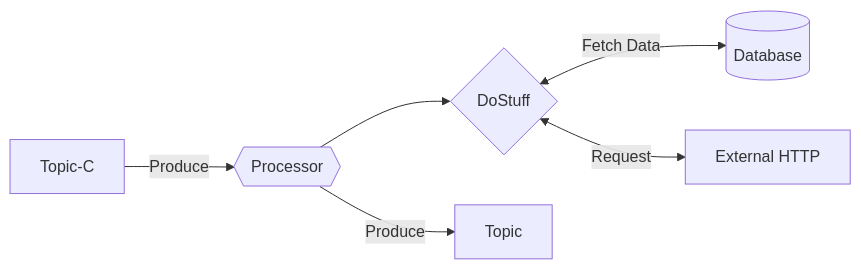
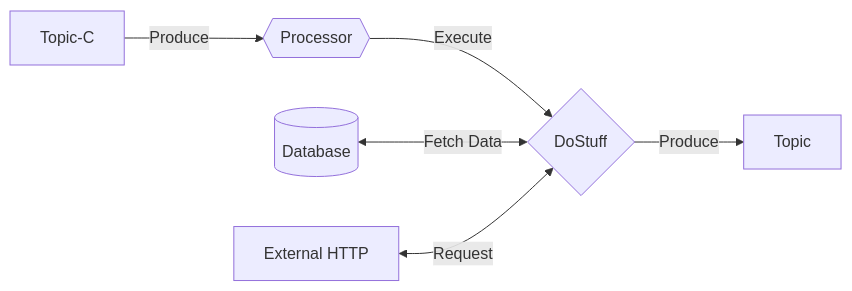
One commit to pmdevers/MinimalKafka changed the third of 3 diagrams in README.md. Above: the diagram before and after it, drawn with Mermaid.

````diff
--- a/README.md
+++ b/README.md
@@ -112,8 +112,8 @@
 ```mermaid
 flowchart LR
-    A[Topic-C] -->|Produce| B{{Processor}}
-    B --> C{DoStuff}
-    C <-->|Fetch Data| D[(Database)]
-    C <-->|Request| E[External HTTP]
-    B -->|Produce| F[Topic]
+    A[Topic-C] -->|Produce| B
+    B{{Processor}} --> |Execute| C
+    D[(Database)] <--> |Fetch Data| C
+    E[External HTTP] <-->|Request| C
+    C{DoStuff} -->|Produce| F[Topic]
 ```
````
